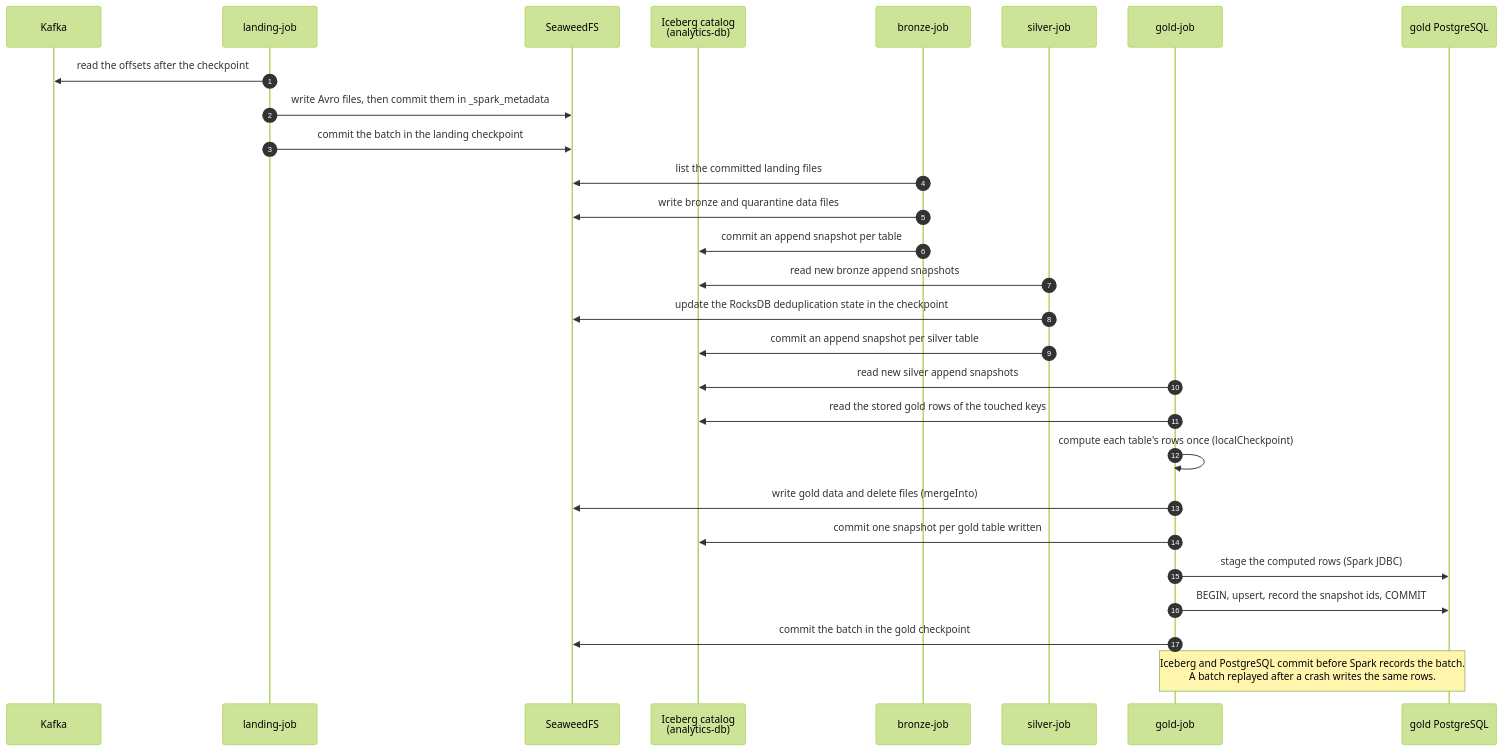
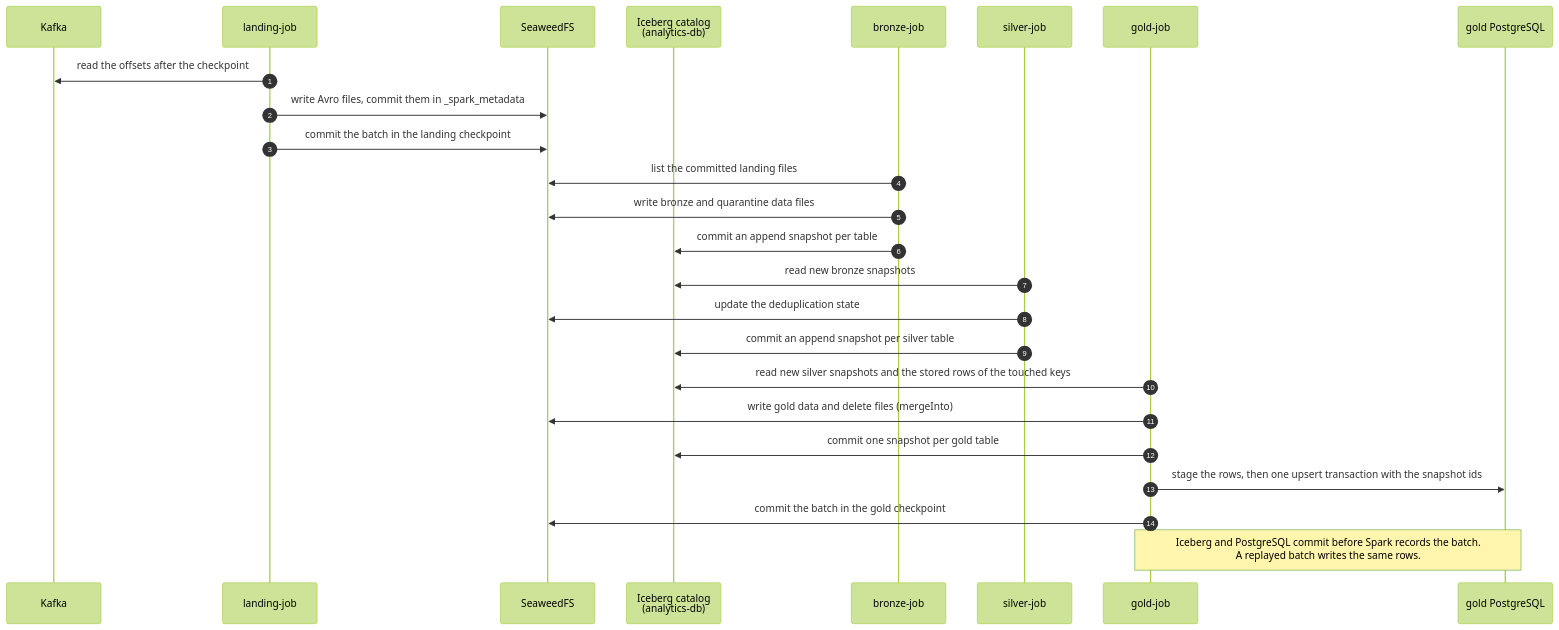
Before and after one commit to jonathan5p/deel-home-task: the third of 4 diagrams in docs/architecture/overview.md, drawn with Mermaid (forest theme). The commit also changed other lines of this file, not shown here.

Commit message:
docs(architecture): lay out the containers diagram from source to readers and trim the overview

````diff
--- a/docs/architecture/overview.md
+++ b/docs/architecture/overview.md
@@ -224,31 +220,28 @@
 ```mermaid
 sequenceDiagram
     autonumber
     participant K as Kafka
     participant L as landing-job
     participant S3 as SeaweedFS
     participant C as Iceberg catalog<br/>(analytics-db)
     participant B as bronze-job
     participant Si as silver-job
     participant G as gold-job
     participant PG as gold PostgreSQL
 
     L->>K: read the offsets after the checkpoint
-    L->>S3: write Avro files, then commit them in _spark_metadata
+    L->>S3: write Avro files, commit them in _spark_metadata
     L->>S3: commit the batch in the landing checkpoint
     B->>S3: list the committed landing files
     B->>S3: write bronze and quarantine data files
     B->>C: commit an append snapshot per table
-    Si->>C: read new bronze append snapshots
-    Si->>S3: update the RocksDB deduplication state in the checkpoint
+    Si->>C: read new bronze snapshots
+    Si->>S3: update the deduplication state
     Si->>C: commit an append snapshot per silver table
-    G->>C: read new silver append snapshots
-    G->>C: read the stored gold rows of the touched keys
-    G->>G: compute each table's rows once (localCheckpoint)
+    G->>C: read new silver snapshots and the stored rows of the touched keys
     G->>S3: write gold data and delete files (mergeInto)
-    G->>C: commit one snapshot per gold table written
-    G->>PG: stage the computed rows (Spark JDBC)
-    G->>PG: BEGIN, upsert, record the snapshot ids, COMMIT
+    G->>C: commit one snapshot per gold table
+    G->>PG: stage the rows, then one upsert transaction with the snapshot ids
     G->>S3: commit the batch in the gold checkpoint
-    Note over G,PG: Iceberg and PostgreSQL commit before Spark records the batch.<br/>A batch replayed after a crash writes the same rows.
+    Note over G,PG: Iceberg and PostgreSQL commit before Spark records the batch.<br/>A replayed batch writes the same rows.
 ```
````
